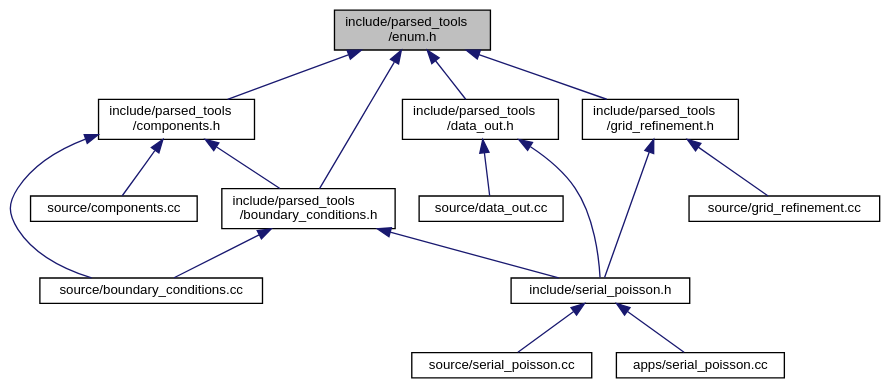
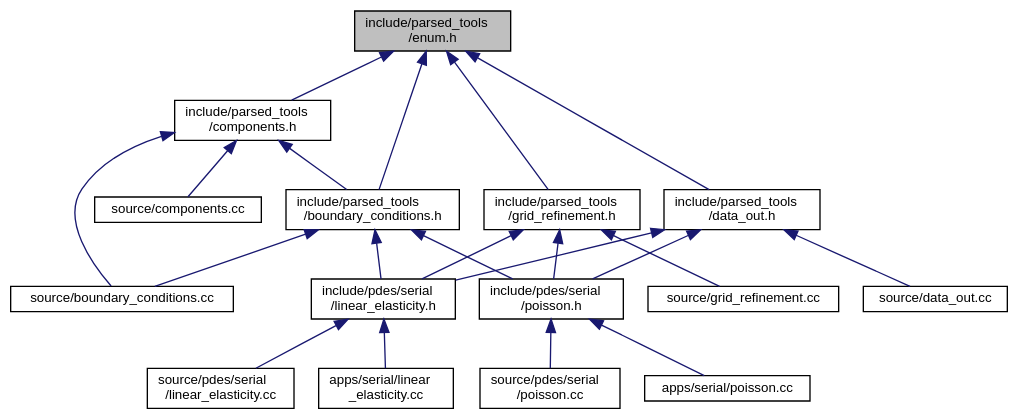
One commit to luca-heltai/fsi-suite changed the diagram in enum_8h__dep__incl.dot. Above: the diagram before and after it, drawn with Graphviz. The commit also changed 683 other files, not shown here.

```diff
--- a/enum_8h__dep__incl.dot
+++ b/enum_8h__dep__incl.dot
@@ -1,34 +1,42 @@
 digraph "include/parsed_tools/enum.h"
 {
  // LATEX_PDF_SIZE
   bgcolor="transparent";
   edge [fontname="Helvetica",fontsize="10",labelfontname="Helvetica",labelfontsize="10"];
   node [fontname="Helvetica",fontsize="10",shape=record];
   Node1 [label="include/parsed_tools\l/enum.h",height=0.2,width=0.4,color="black", fillcolor="grey75", style="filled", fontcolor="black",tooltip=" "];
   Node1 -> Node2 [dir="back",color="midnightblue",fontsize="10",style="solid",fontname="Helvetica"];
   Node2 [label="include/parsed_tools\l/boundary_conditions.h",height=0.2,width=0.4,color="black",URL="$boundary__conditions_8h.html",tooltip=" "];
   Node2 -> Node3 [dir="back",color="midnightblue",fontsize="10",style="solid",fontname="Helvetica"];
   Node3 [label="source/boundary_conditions.cc",height=0.2,width=0.4,color="black",URL="$boundary__conditions_8cc.html",tooltip=" "];
   Node2 -> Node4 [dir="back",color="midnightblue",fontsize="10",style="solid",fontname="Helvetica"];
-  Node4 [label="include/serial_poisson.h",height=0.2,width=0.4,color="black",URL="$serial__poisson_8h.html",tooltip=" "];
+  Node4 [label="include/pdes/serial\l/linear_elasticity.h",height=0.2,width=0.4,color="black",URL="$linear__elasticity_8h.html",tooltip=" "];
   Node4 -> Node5 [dir="back",color="midnightblue",fontsize="10",style="solid",fontname="Helvetica"];
-  Node5 [label="source/serial_poisson.cc",height=0.2,width=0.4,color="black",URL="$source_2serial__poisson_8cc.html",tooltip=" "];
+  Node5 [label="source/pdes/serial\l/linear_elasticity.cc",height=0.2,width=0.4,color="black",URL="$source_2pdes_2serial_2linear__elasticity_8cc.html",tooltip=" "];
   Node4 -> Node6 [dir="back",color="midnightblue",fontsize="10",style="solid",fontname="Helvetica"];
-  Node6 [label="apps/serial_poisson.cc",height=0.2,width=0.4,color="black",URL="$apps_2serial__poisson_8cc.html",tooltip=" "];
-  Node1 -> Node7 [dir="back",color="midnightblue",fontsize="10",style="solid",fontname="Helvetica"];
-  Node7 [label="include/parsed_tools\l/components.h",height=0.2,width=0.4,color="black",URL="$components_8h.html",tooltip=" "];
-  Node7 -> Node3 [dir="back",color="midnightblue",fontsize="10",style="solid",fontname="Helvetica"];
+  Node6 [label="apps/serial/linear\l_elasticity.cc",height=0.2,width=0.4,color="black",URL="$apps_2serial_2linear__elasticity_8cc.html",tooltip=" "];
+  Node2 -> Node7 [dir="back",color="midnightblue",fontsize="10",style="solid",fontname="Helvetica"];
+  Node7 [label="include/pdes/serial\l/poisson.h",height=0.2,width=0.4,color="black",URL="$poisson_8h.html",tooltip=" "];
   Node7 -> Node8 [dir="back",color="midnightblue",fontsize="10",style="solid",fontname="Helvetica"];
-  Node8 [label="source/components.cc",height=0.2,width=0.4,color="black",URL="$components_8cc.html",tooltip=" "];
-  Node7 -> Node2 [dir="back",color="midnightblue",fontsize="10",style="solid",fontname="Helvetica"];
-  Node1 -> Node9 [dir="back",color="midnightblue",fontsize="10",style="solid",fontname="Helvetica"];
-  Node9 [label="include/parsed_tools\l/data_out.h",height=0.2,width=0.4,color="black",URL="$data__out_8h.html",tooltip=" "];
-  Node9 -> Node10 [dir="back",color="midnightblue",fontsize="10",style="solid",fontname="Helvetica"];
-  Node10 [label="source/data_out.cc",height=0.2,width=0.4,color="black",URL="$data__out_8cc.html",tooltip=" "];
-  Node9 -> Node4 [dir="back",color="midnightblue",fontsize="10",style="solid",fontname="Helvetica"];
-  Node1 -> Node11 [dir="back",color="midnightblue",fontsize="10",style="solid",fontname="Helvetica"];
-  Node11 [label="include/parsed_tools\l/grid_refinement.h",height=0.2,width=0.4,color="black",URL="$grid__refinement_8h.html",tooltip=" "];
-  Node11 -> Node12 [dir="back",color="midnightblue",fontsize="10",style="solid",fontname="Helvetica"];
-  Node12 [label="source/grid_refinement.cc",height=0.2,width=0.4,color="black",URL="$grid__refinement_8cc.html",tooltip=" "];
-  Node11 -> Node4 [dir="back",color="midnightblue",fontsize="10",style="solid",fontname="Helvetica"];
+  Node8 [label="source/pdes/serial\l/poisson.cc",height=0.2,width=0.4,color="black",URL="$source_2pdes_2serial_2poisson_8cc.html",tooltip=" "];
+  Node7 -> Node9 [dir="back",color="midnightblue",fontsize="10",style="solid",fontname="Helvetica"];
+  Node9 [label="apps/serial/poisson.cc",height=0.2,width=0.4,color="black",URL="$apps_2serial_2poisson_8cc.html",tooltip=" "];
+  Node1 -> Node10 [dir="back",color="midnightblue",fontsize="10",style="solid",fontname="Helvetica"];
+  Node10 [label="include/parsed_tools\l/components.h",height=0.2,width=0.4,color="black",URL="$components_8h.html",tooltip=" "];
+  Node10 -> Node3 [dir="back",color="midnightblue",fontsize="10",style="solid",fontname="Helvetica"];
+  Node10 -> Node11 [dir="back",color="midnightblue",fontsize="10",style="solid",fontname="Helvetica"];
+  Node11 [label="source/components.cc",height=0.2,width=0.4,color="black",URL="$components_8cc.html",tooltip=" "];
+  Node10 -> Node2 [dir="back",color="midnightblue",fontsize="10",style="solid",fontname="Helvetica"];
+  Node1 -> Node12 [dir="back",color="midnightblue",fontsize="10",style="solid",fontname="Helvetica"];
+  Node12 [label="include/parsed_tools\l/data_out.h",height=0.2,width=0.4,color="black",URL="$data__out_8h.html",tooltip=" "];
+  Node12 -> Node13 [dir="back",color="midnightblue",fontsize="10",style="solid",fontname="Helvetica"];
+  Node13 [label="source/data_out.cc",height=0.2,width=0.4,color="black",URL="$data__out_8cc.html",tooltip=" "];
+  Node12 -> Node4 [dir="back",color="midnightblue",fontsize="10",style="solid",fontname="Helvetica"];
+  Node12 -> Node7 [dir="back",color="midnightblue",fontsize="10",style="solid",fontname="Helvetica"];
+  Node1 -> Node14 [dir="back",color="midnightblue",fontsize="10",style="solid",fontname="Helvetica"];
+  Node14 [label="include/parsed_tools\l/grid_refinement.h",height=0.2,width=0.4,color="black",URL="$grid__refinement_8h.html",tooltip=" "];
+  Node14 -> Node15 [dir="back",color="midnightblue",fontsize="10",style="solid",fontname="Helvetica"];
+  Node15 [label="source/grid_refinement.cc",height=0.2,width=0.4,color="black",URL="$grid__refinement_8cc.html",tooltip=" "];
+  Node14 -> Node4 [dir="back",color="midnightblue",fontsize="10",style="solid",fontname="Helvetica"];
+  Node14 -> Node7 [dir="back",color="midnightblue",fontsize="10",style="solid",fontname="Helvetica"];
 }
```
